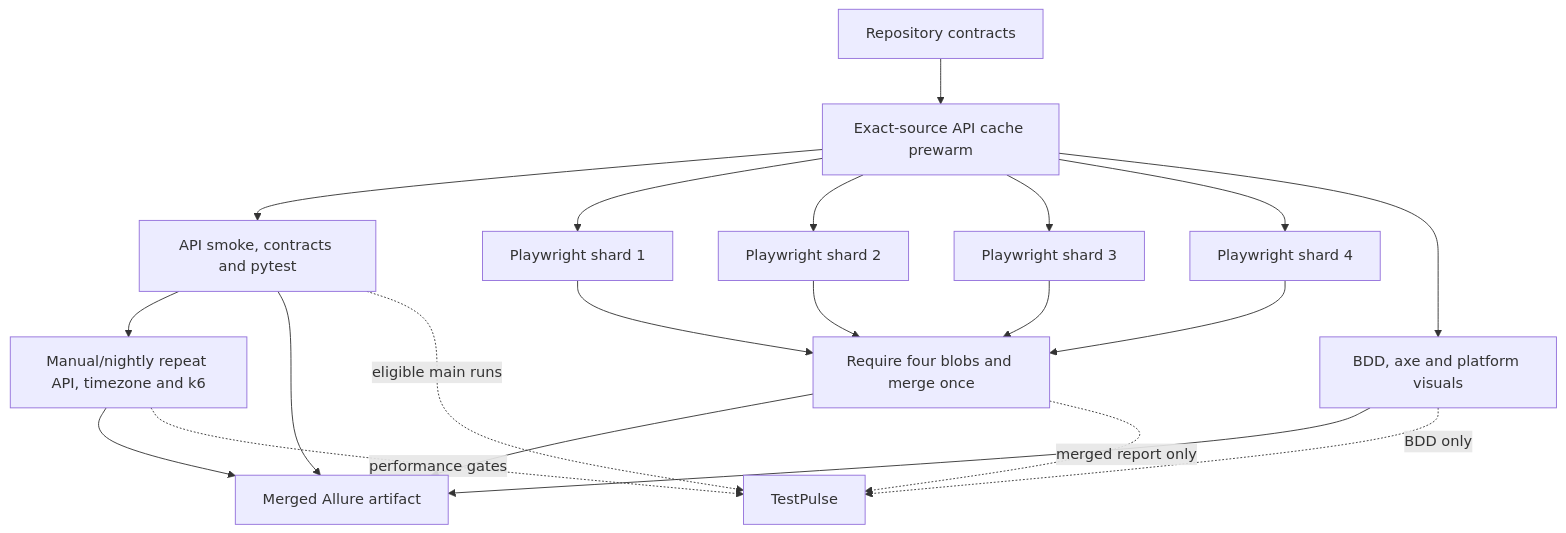
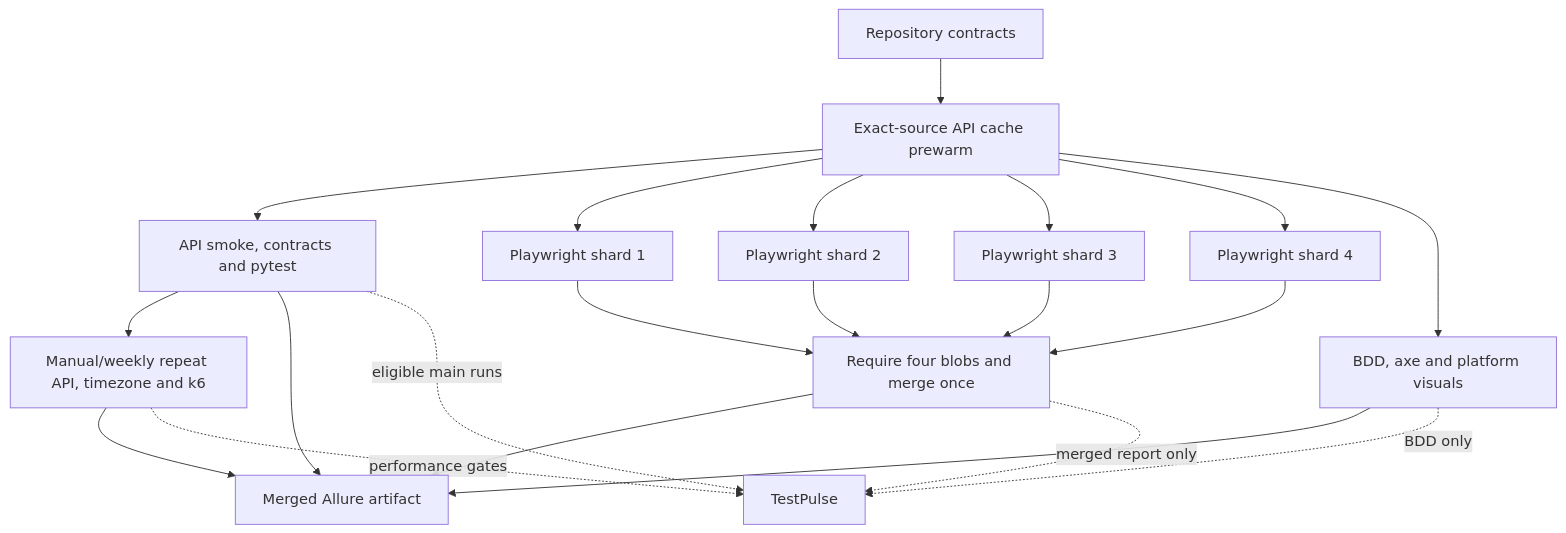
The diagram in README.md (Mohanad49/caldiy-qa-strategy), drawn with Mermaid before and after one commit. The commit also changed other lines of this file and 1 other file, not shown here.

First line of the commit message:
Split the schedule: daily upstream advisory, weekly pinned suite

````diff
--- a/README.md
+++ b/README.md
@@ -94,23 +104,23 @@
 ```mermaid
 flowchart TD
     V["Repository contracts"] --> P["Exact-source API cache prewarm"]
     P --> A["API smoke, contracts and pytest"]
     P --> S1[Playwright shard 1]
     P --> S2[Playwright shard 2]
     P --> S3[Playwright shard 3]
     P --> S4[Playwright shard 4]
     P --> B["BDD, axe and platform visuals"]
-    A --> N["Manual/nightly repeat API, timezone and k6"]
+    A --> N["Manual/weekly repeat API, timezone and k6"]
     S1 --> M["Require four blobs and merge once"]
     S2 --> M
     S3 --> M
     S4 --> M
     A --> R["Merged Allure artifact"]
     M --> R
     B --> R
     N --> R
     A -. eligible main runs .-> T["TestPulse"]
     M -. merged report only .-> T
     B -. BDD only .-> T
     N -. performance gates .-> T
 ```
````
